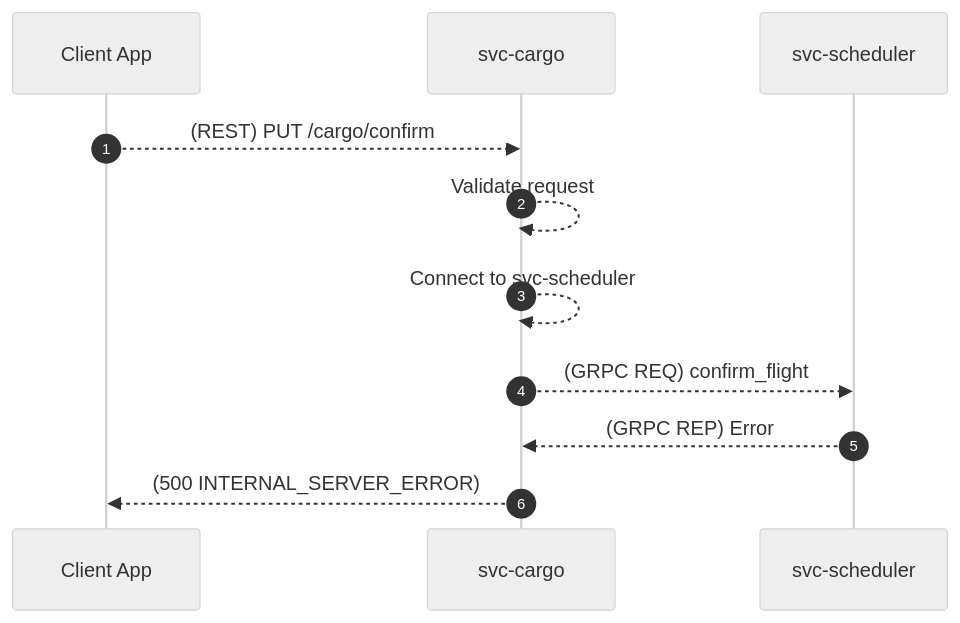
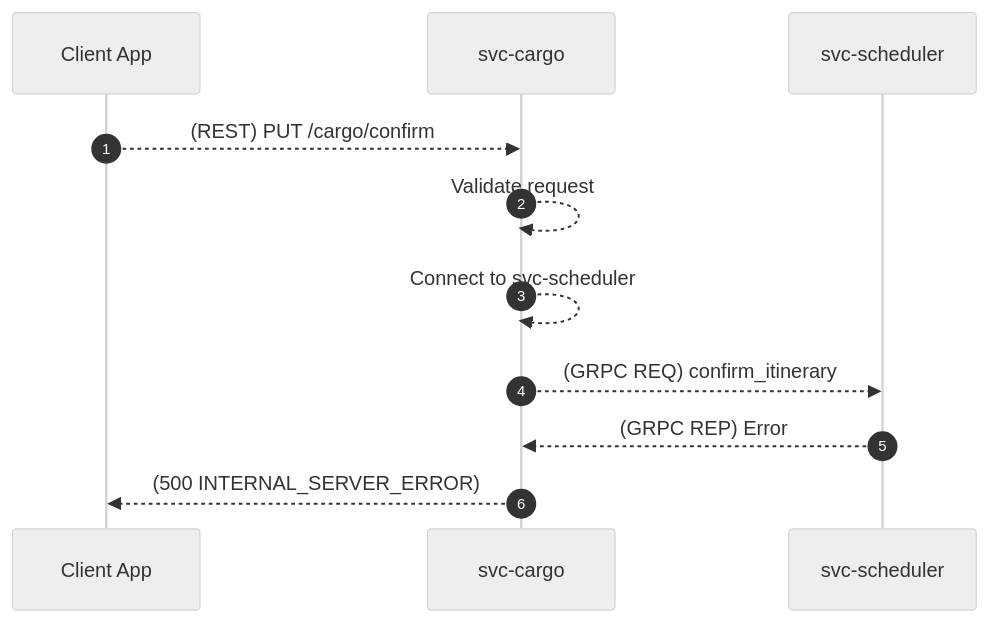
One commit to aetheric-oss/svc-cargo changed diagram 12 of 24 in docs/sdd.md. Above: the diagram before and after it, drawn with Mermaid (neutral theme). The commit also changed other lines of this file and 9 other files, not shown here.

````diff
--- a/docs/sdd.md
+++ b/docs/sdd.md
@@ -293,13 +277,13 @@
 ```mermaid
 sequenceDiagram
     autonumber
     participant client as Client App
     participant cargo as svc-cargo
     participant scheduler as svc-scheduler
     client-->>cargo: (REST) PUT /cargo/confirm
     cargo-->>cargo: Validate request
     cargo-->>cargo: Connect to svc-scheduler
-    cargo-->>scheduler: (GRPC REQ) confirm_flight
+    cargo-->>scheduler: (GRPC REQ) confirm_itinerary
     scheduler-->>cargo: (GRPC REP) Error
     cargo-->>client: (500 INTERNAL_SERVER_ERROR)
 ```
````
